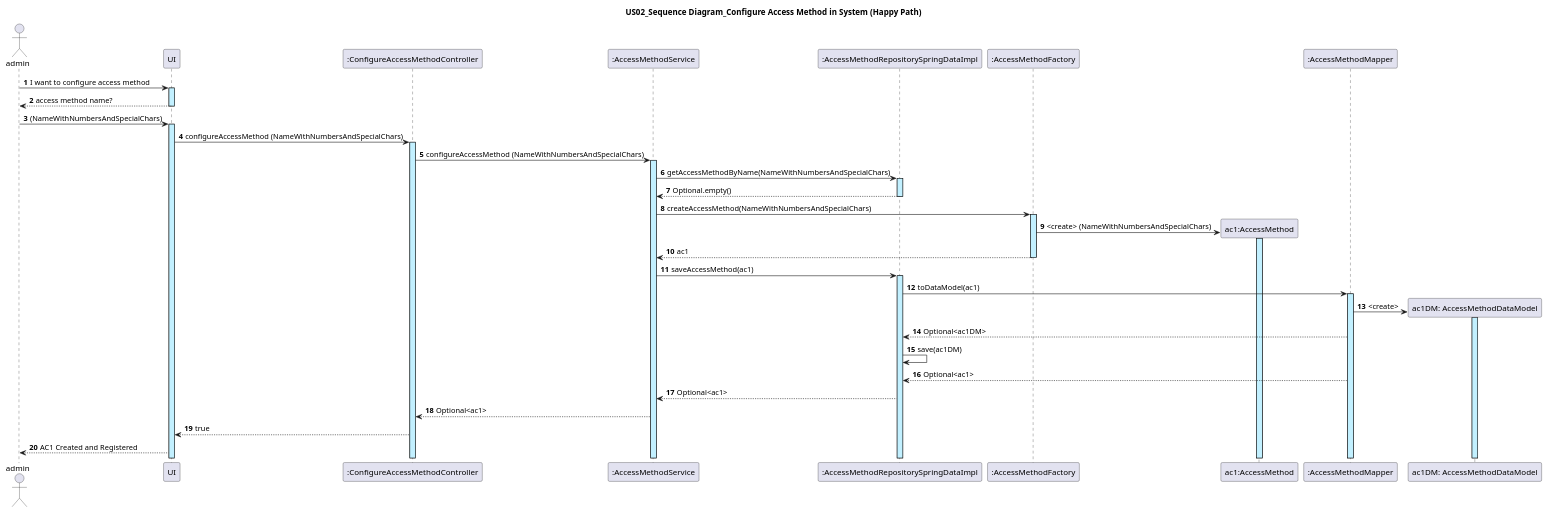
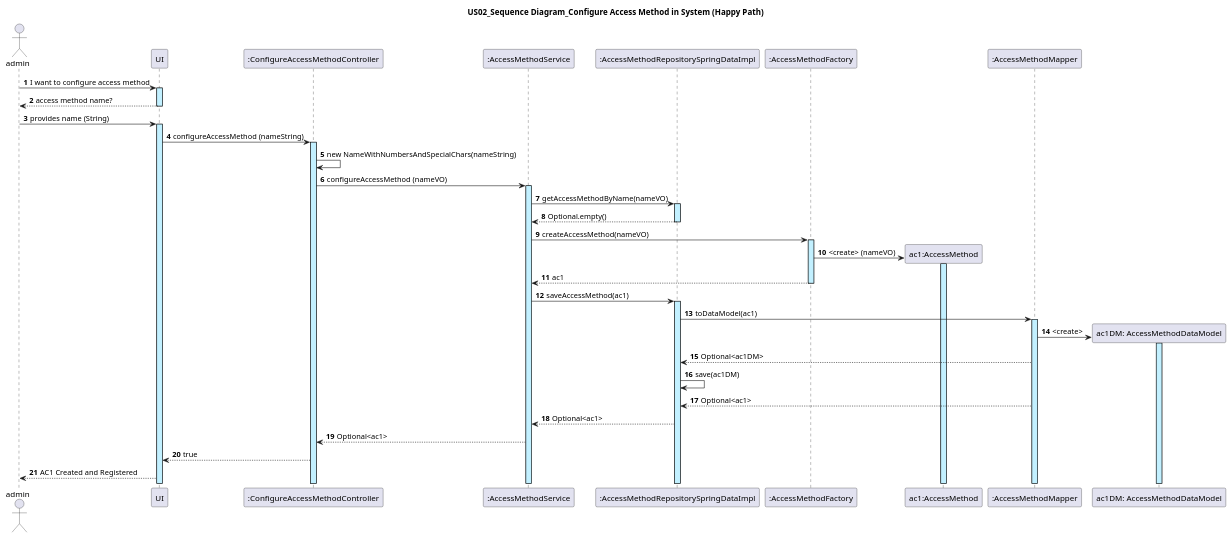
The diagram in docs/US02/US02_ConfigureAccessMethod_JPA_SequenceDiagram.puml (GasparISEP/DevOps-PAI), drawn with PlantUML before and after one commit. The commit also changed 1 other file, not shown here.

Commit message:
Update Sequence Diagrams US02 with the creation of NameWithNumbersAndSpecialChars VO in Controller. refs #299

```diff
--- a/docs/US02/US02_ConfigureAccessMethod_JPA_SequenceDiagram.puml
+++ b/docs/US02/US02_ConfigureAccessMethod_JPA_SequenceDiagram.puml
@@ -1,31 +1,32 @@
 @startuml
 actor admin
 autonumber
 
 title: US02_Sequence Diagram_Configure Access Method in System (Happy Path)
 
 admin -> UI ++ #application : I want to configure access method
 UI --> admin -- : access method name?
-admin -> UI ++ #application :(NameWithNumbersAndSpecialChars)
-    UI -> ":ConfigureAccessMethodController" as ConfigureAccessMethodController ++ #application : configureAccessMethod (NameWithNumbersAndSpecialChars)
+admin -> UI ++ #application :provides name (String)
+    UI -> ":ConfigureAccessMethodController" as ConfigureAccessMethodController ++ #application : configureAccessMethod (nameString)
 
+ConfigureAccessMethodController -> ConfigureAccessMethodController: new NameWithNumbersAndSpecialChars(nameString)
 
-ConfigureAccessMethodController -> ":AccessMethodService" ++ #application : configureAccessMethod (NameWithNumbersAndSpecialChars)
-":AccessMethodService" -> ":AccessMethodRepositorySpringDataImpl" ++ #application:  getAccessMethodByName(NameWithNumbersAndSpecialChars)
+ConfigureAccessMethodController -> ":AccessMethodService" ++ #application : configureAccessMethod (nameVO)
+":AccessMethodService" -> ":AccessMethodRepositorySpringDataImpl" ++ #application:  getAccessMethodByName(nameVO)
 ":AccessMethodRepositorySpringDataImpl" --> ":AccessMethodService" -- #application: Optional.empty()
-":AccessMethodService" -> ":AccessMethodFactory" as AccessMethodFactory ++ #application: createAccessMethod(NameWithNumbersAndSpecialChars)
+":AccessMethodService" -> ":AccessMethodFactory" as AccessMethodFactory ++ #application: createAccessMethod(nameVO)
 create "ac1:AccessMethod" as AccessMethod
-AccessMethodFactory -> AccessMethod  ++ #application  : <create> (NameWithNumbersAndSpecialChars)
+AccessMethodFactory -> AccessMethod  ++ #application  : <create> (nameVO)
 AccessMethodFactory --> ":AccessMethodService" -- : ac1
 ":AccessMethodService" -> ":AccessMethodRepositorySpringDataImpl" ++ #application: saveAccessMethod(ac1)
 ":AccessMethodRepositorySpringDataImpl" -> ":AccessMethodMapper" ++ #application: toDataModel(ac1)
 create "ac1DM: AccessMethodDataModel" as AccessMethodDataModel
 ":AccessMethodMapper" -> AccessMethodDataModel ++ #application: <create>
 ":AccessMethodMapper" --> ":AccessMethodRepositorySpringDataImpl": Optional<ac1DM>
 ":AccessMethodRepositorySpringDataImpl" -> ":AccessMethodRepositorySpringDataImpl": save(ac1DM)
 ":AccessMethodMapper" --> ":AccessMethodRepositorySpringDataImpl": Optional<ac1>
 ":AccessMethodRepositorySpringDataImpl" --> ":AccessMethodService": Optional<ac1>
 ":AccessMethodService" --> ConfigureAccessMethodController: Optional<ac1>
 ConfigureAccessMethodController --> UI: true
 UI --> admin: AC1 Created and Registered
 @enduml
```
